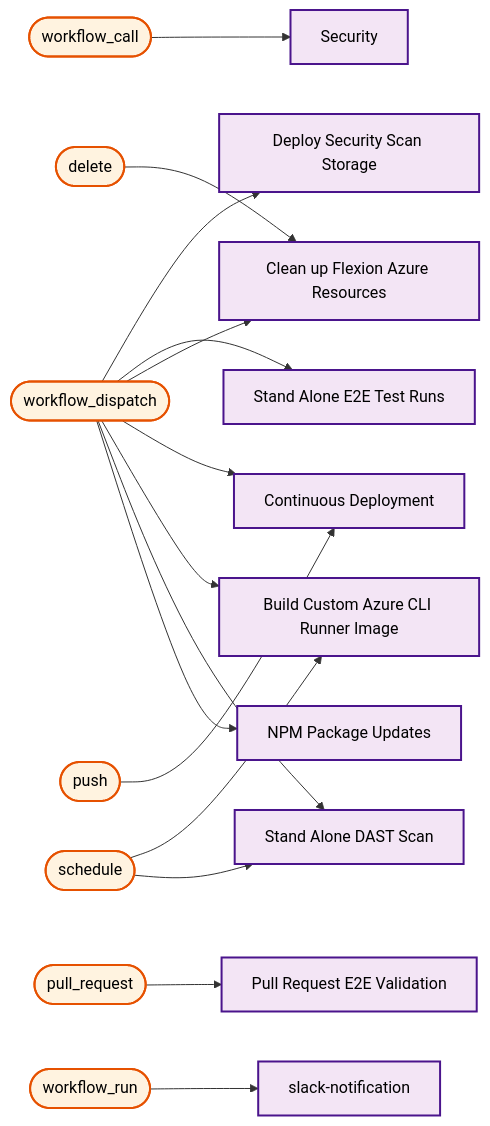
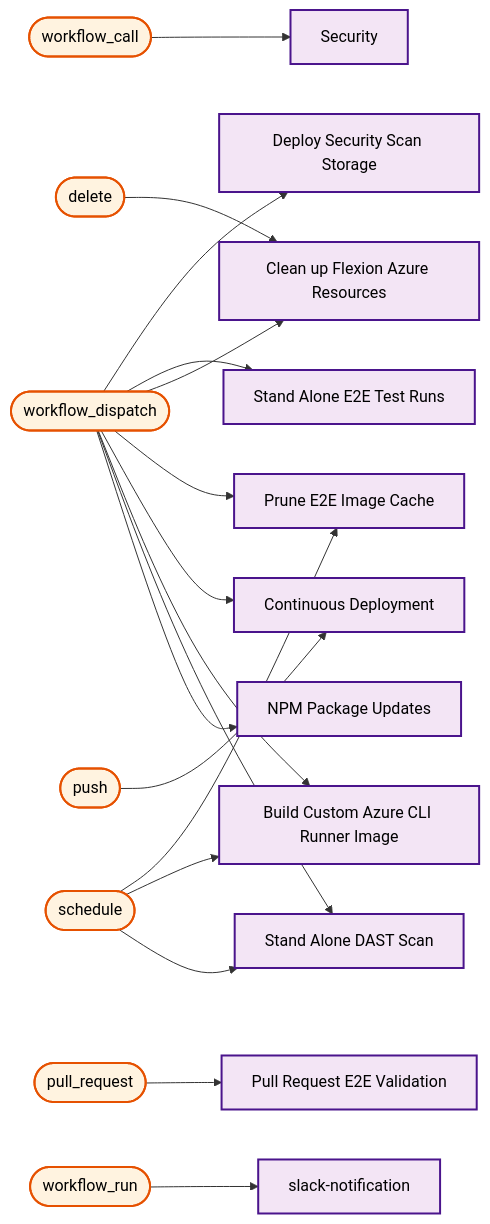
Before and after one commit to US-Trustee-Program/Bankruptcy-Oversight-Support-Systems: diagram 23 of 23 in docs/operations/workflow-diagram.md, drawn with Mermaid. The commit also changed other lines of this file and 4 other files, not shown here.

````diff
--- a/docs/operations/workflow-diagram.md
+++ b/docs/operations/workflow-diagram.md
@@ -1193,60 +1223,65 @@
 ```mermaid
 flowchart LR
     trigger_workflow_call(["workflow_call"])
     sub_security_scan_yml["Security"]
     trigger_workflow_dispatch(["workflow_dispatch"])
     deploy_security_scan_storage_yml["Deploy Security Scan Storage"]
     e2e_test_yml["Stand Alone E2E Test Runs"]
     azure_remove_branch_yml["Clean up Flexion Azure Resources"]
+    prune_e2e_image_cache_yml["Prune E2E Image Cache"]
     continuous_deployment_yml["Continuous Deployment"]
     build_azure_cli_image_yml["Build Custom Azure CLI Runner Image"]
     dast_scan_yml["Stand Alone DAST Scan"]
     update_dependencies_yml["NPM Package Updates"]
     trigger_delete(["delete"])
     azure_remove_branch_yml["Clean up Flexion Azure Resources"]
+    trigger_schedule(["schedule"])
+    prune_e2e_image_cache_yml["Prune E2E Image Cache"]
+    build_azure_cli_image_yml["Build Custom Azure CLI Runner Image"]
+    dast_scan_yml["Stand Alone DAST Scan"]
     trigger_pull_request(["pull_request"])
     pr_validation_yml["Pull Request E2E Validation"]
     trigger_push(["push"])
     continuous_deployment_yml["Continuous Deployment"]
-    trigger_schedule(["schedule"])
-    build_azure_cli_image_yml["Build Custom Azure CLI Runner Image"]
-    dast_scan_yml["Stand Alone DAST Scan"]
     trigger_workflow_run(["workflow_run"])
     slack_notification_yml["slack-notification"]
 
     trigger_workflow_call --> sub_security_scan_yml
     trigger_workflow_dispatch --> deploy_security_scan_storage_yml
     trigger_workflow_dispatch --> e2e_test_yml
     trigger_workflow_dispatch --> azure_remove_branch_yml
+    trigger_workflow_dispatch --> prune_e2e_image_cache_yml
     trigger_workflow_dispatch --> continuous_deployment_yml
     trigger_workflow_dispatch --> build_azure_cli_image_yml
     trigger_workflow_dispatch --> dast_scan_yml
     trigger_workflow_dispatch --> update_dependencies_yml
     trigger_delete --> azure_remove_branch_yml
+    trigger_schedule --> prune_e2e_image_cache_yml
+    trigger_schedule --> build_azure_cli_image_yml
+    trigger_schedule --> dast_scan_yml
     trigger_pull_request --> pr_validation_yml
     trigger_push --> continuous_deployment_yml
-    trigger_schedule --> build_azure_cli_image_yml
-    trigger_schedule --> dast_scan_yml
     trigger_workflow_run --> slack_notification_yml
 
     classDef mainWorkflow fill:#f3e5f5,stroke:#4a148c,stroke-width:2px,color:#000000
     classDef trigger fill:#fff3e0,stroke:#e65100,stroke-width:2px,color:#000000
 
     class trigger_workflow_call trigger
     class trigger_workflow_dispatch trigger
     class trigger_delete trigger
+    class trigger_schedule trigger
     class trigger_pull_request trigger
     class trigger_push trigger
-    class trigger_schedule trigger
     class trigger_workflow_run trigger
     class sub_security_scan_yml mainWorkflow
     class deploy_security_scan_storage_yml mainWorkflow
     class e2e_test_yml mainWorkflow
     class azure_remove_branch_yml mainWorkflow
+    class prune_e2e_image_cache_yml mainWorkflow
     class pr_validation_yml mainWorkflow
     class continuous_deployment_yml mainWorkflow
     class build_azure_cli_image_yml mainWorkflow
     class dast_scan_yml mainWorkflow
     class update_dependencies_yml mainWorkflow
     class slack_notification_yml mainWorkflow
 ```
````
